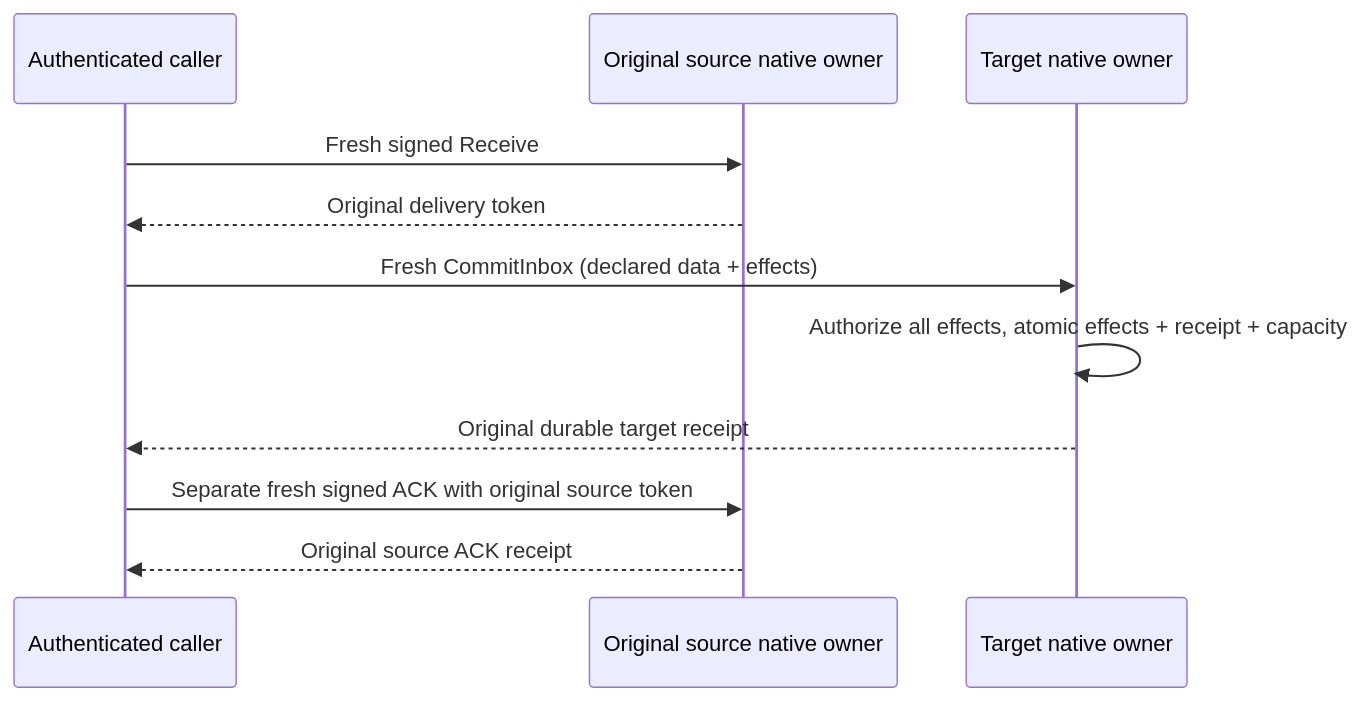
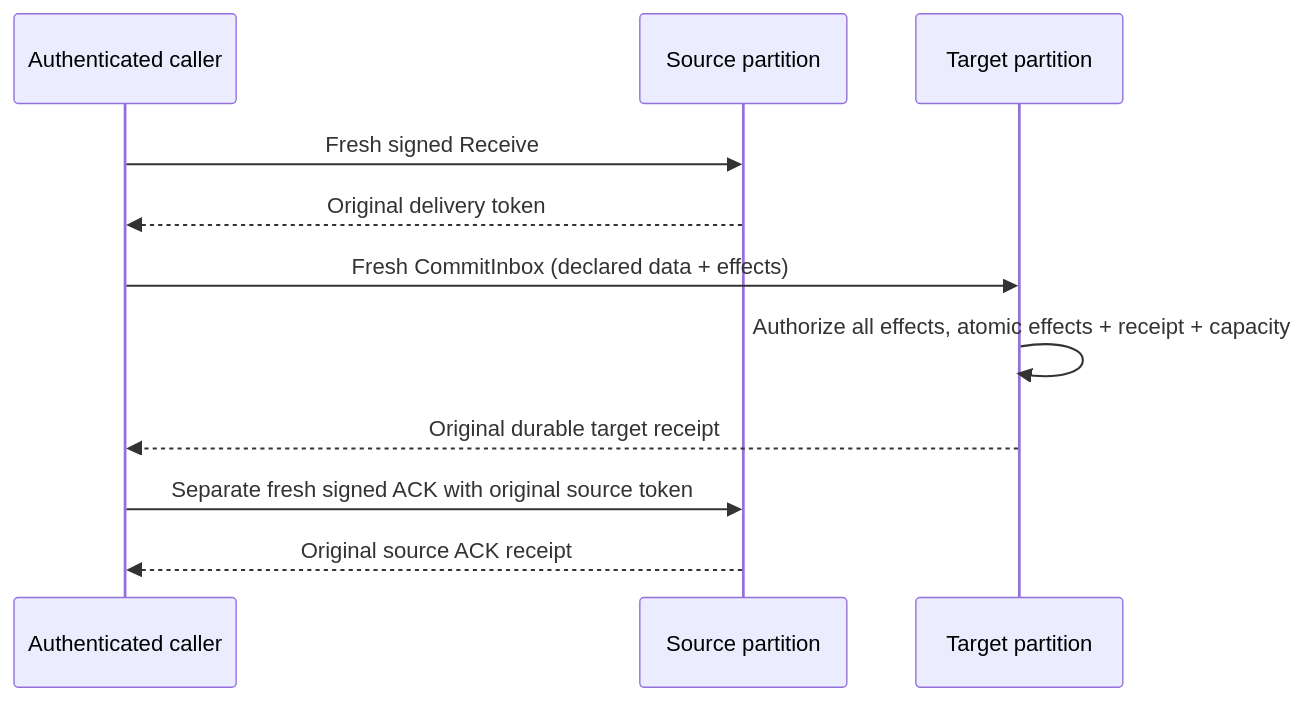
Before and after one commit to managedcode/KeyLoad: the fourth of 4 diagrams in docs/Features/Messaging.md, drawn with Mermaid. The commit also changed other lines of this file and 7356 other files, not shown here.

````diff
--- a/docs/Features/Messaging.md
+++ b/docs/Features/Messaging.md
@@ -639,13 +173,13 @@
 ```mermaid
 sequenceDiagram
     participant Caller as Authenticated caller
-    participant Source as Original source native owner
-    participant Target as Target native owner
+    participant Source as Source partition
+    participant Target as Target partition
     Caller->>Source: Fresh signed Receive
     Source-->>Caller: Original delivery token
     Caller->>Target: Fresh CommitInbox (declared data + effects)
     Target->>Target: Authorize all effects, atomic effects + receipt + capacity
     Target-->>Caller: Original durable target receipt
     Caller->>Source: Separate fresh signed ACK with original source token
     Source-->>Caller: Original source ACK receipt
 ```
````
